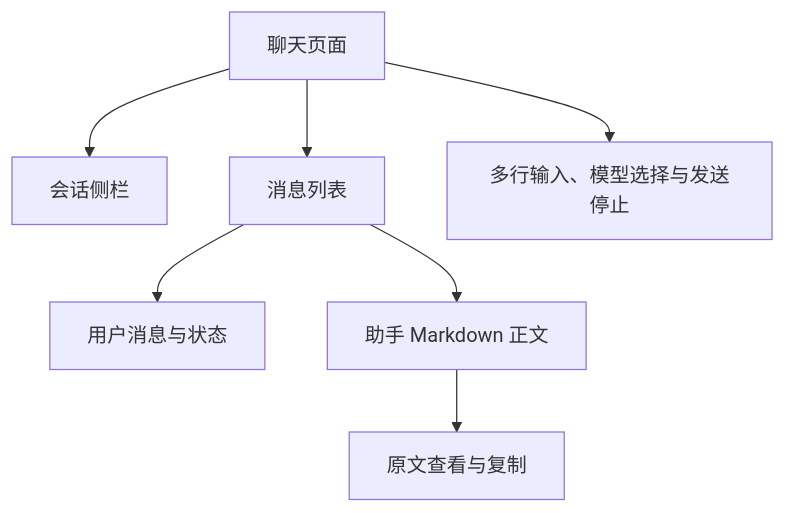
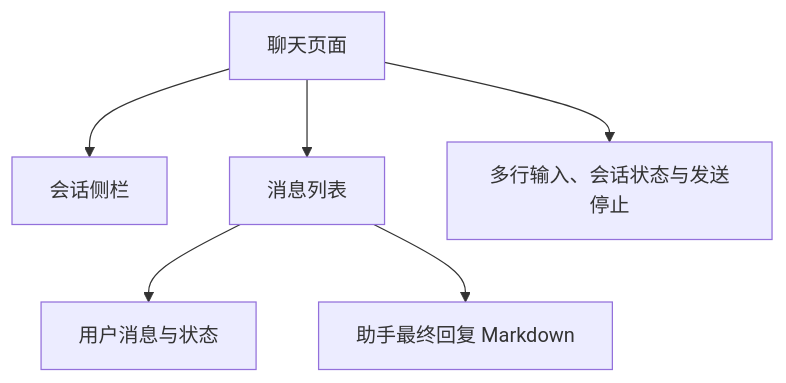
One commit to slc90/Agentelier changed the diagram in docs/design/chat-foundation/05-ui-markdown.md. Above: the diagram before and after it, drawn with Mermaid. The commit also changed other lines of this file and 54 other files, not shown here.

````diff
--- a/docs/design/chat-foundation/05-ui-markdown.md
+++ b/docs/design/chat-foundation/05-ui-markdown.md
@@ -11,9 +11,8 @@
 ```mermaid
 flowchart TD
     Page[聊天页面] --> Navigator[会话侧栏]
     Page --> Messages[消息列表]
-    Page --> Composer[多行输入、模型选择与发送停止]
+    Page --> Composer[多行输入、会话状态与发送停止]
     Messages --> Plain[用户消息与状态]
-    Messages --> Markdown[助手 Markdown 正文]
-    Markdown --> Source[原文查看与复制]
+    Messages --> Markdown[助手最终回复 Markdown]
 ```
````
